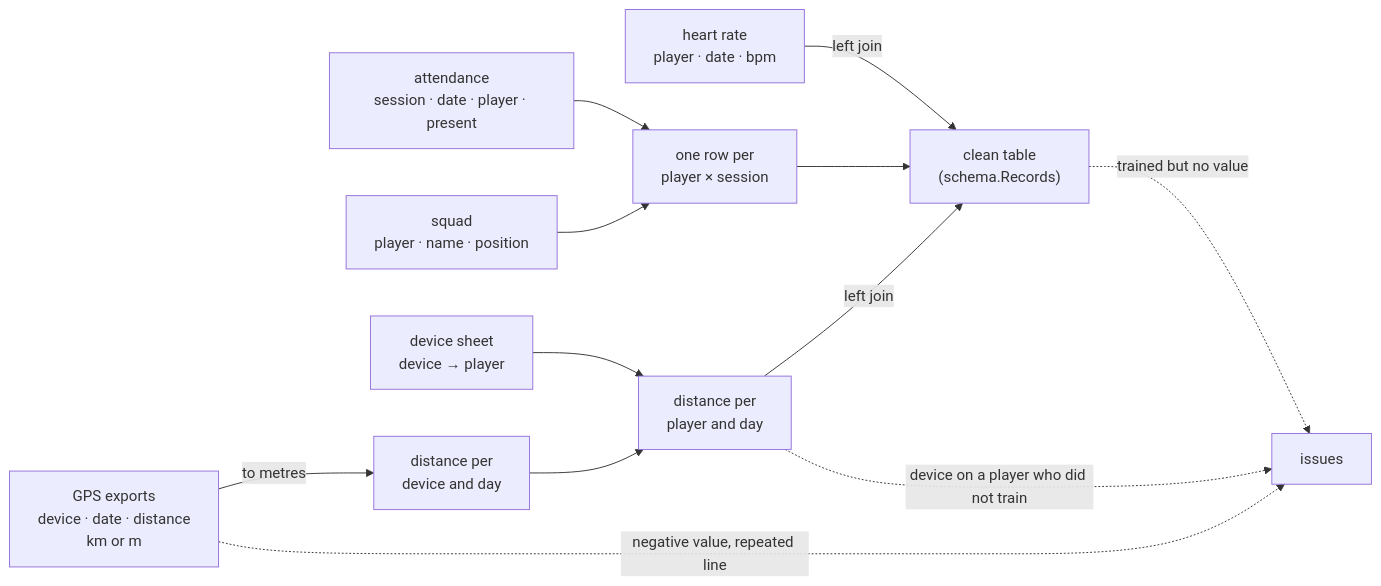
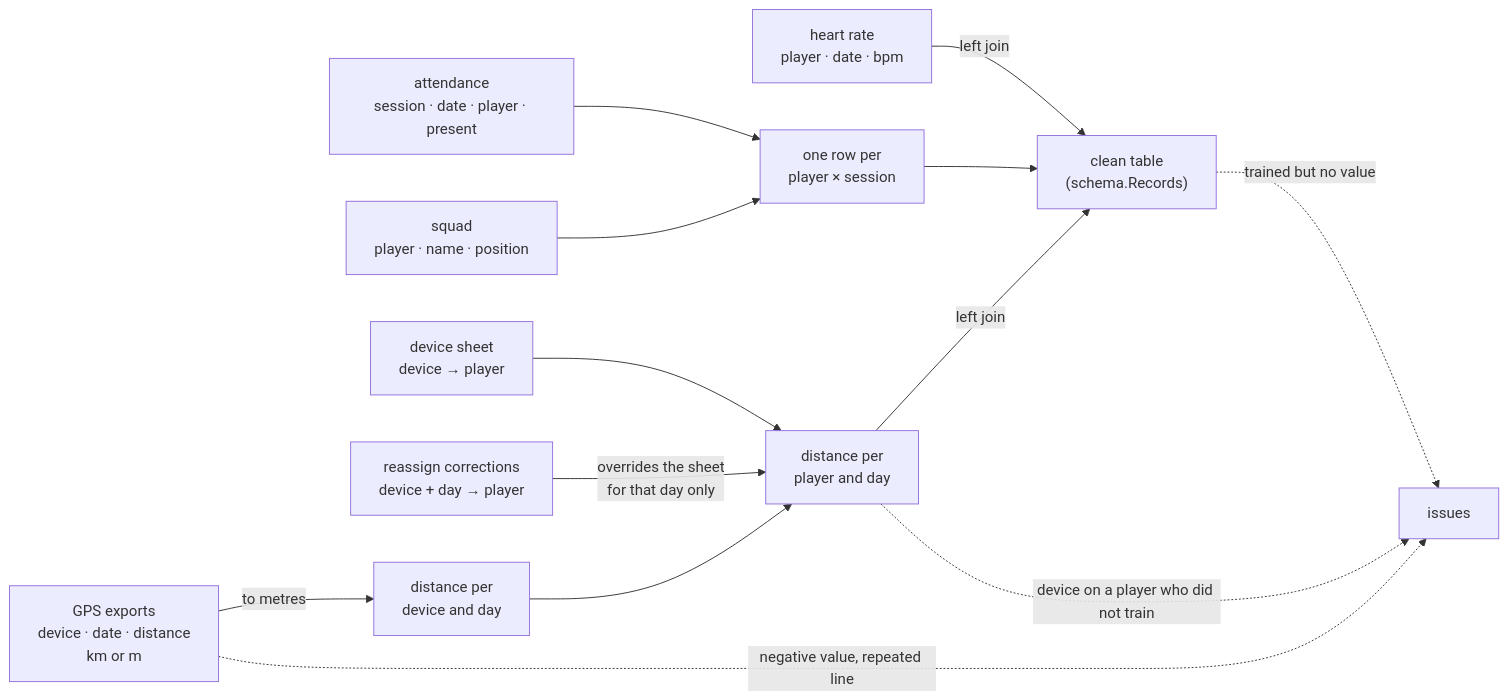
The fourth of 5 diagrams in docs/architecture.md (simIDe/digital_innovation_staps_showcase), drawn with Mermaid before and after one commit. The commit also changed other lines of this file and 27 other files, not shown here.

````diff
--- a/docs/architecture.md
+++ b/docs/architecture.md
@@ -96,21 +110,23 @@
 ```mermaid
 flowchart LR
     att["attendance<br/>session · date · player · present"]
     squad["squad<br/>player · name · position"]
     gps["GPS exports<br/>device · date · distance<br/>km or m"]
     dev["device sheet<br/>device → player"]
+    re["reassign corrections<br/>device + day → player"]
     hr["heart rate<br/>player · date · bpm"]
 
     att --> base["one row per<br/>player × session"]
     squad --> base
     gps -->|to metres| g2["distance per<br/>device and day"]
     dev --> g3["distance per<br/>player and day"]
+    re -->|overrides the sheet<br/>for that day only| g3
     g2 --> g3
     g3 -->|left join| table["clean table<br/>(schema.Records)"]
     base --> table
     hr -->|left join| table
 
     g3 -. "device on a player who did not train" .-> iss["issues"]
     gps -. "negative value, repeated line" .-> iss
     table -. "trained but no value" .-> iss
 ```
````
